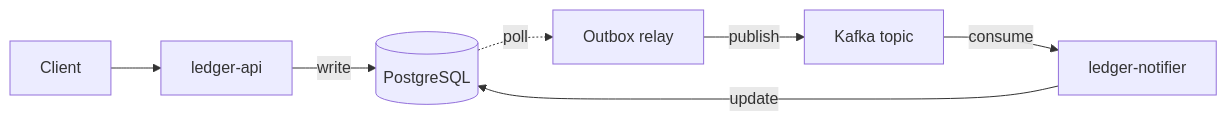
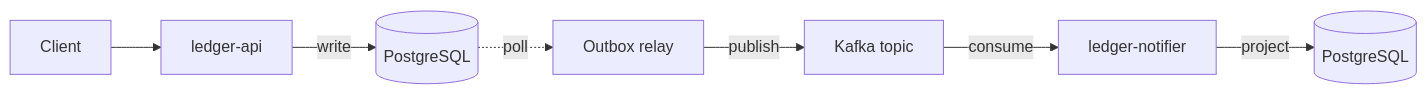
One commit to simonvildonelohim/ledger-flow changed the diagram in README.md. Above: the diagram before and after it, drawn with Mermaid. The commit also changed other lines of this file and 1 other file, not shown here.

````diff
--- a/README.md
+++ b/README.md
@@ -34,9 +34,9 @@
 ```mermaid
 flowchart LR
     Client --> API[ledger-api]
     API -->|write| DB[(PostgreSQL)]
     DB -.->|poll| Relay[Outbox relay]
     Relay -->|publish| Kafka[Kafka topic]
     Kafka -->|consume| Notifier[ledger-notifier]
-    Notifier -->|update| DB
+    Notifier -->|project| NDB[(PostgreSQL)]
 ```
````
